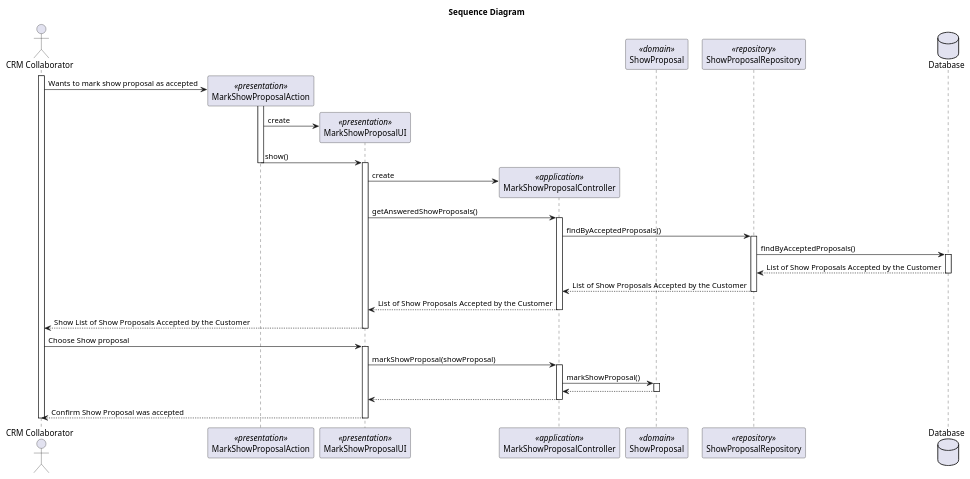
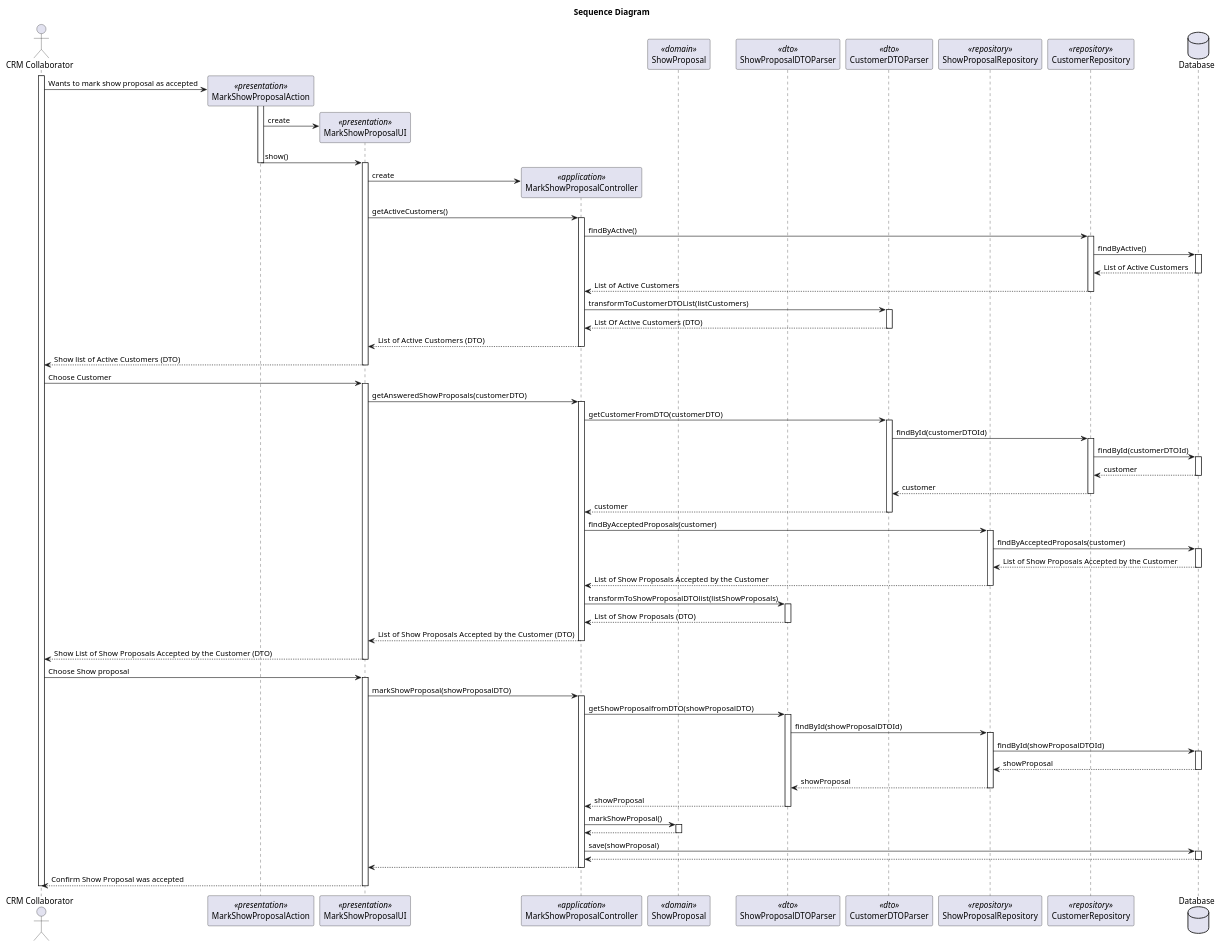
Before and after one commit to rubenFreitas1/ISEP-LAPR4-2024-2025: the diagram in docs/Sprint3/us_317/diagrams/sequence-diagram-US317.puml, drawn with PlantUML. The commit also changed 8 other files, not shown here.

```diff
--- a/docs/Sprint3/us_317/diagrams/sequence-diagram-US317.puml
+++ b/docs/Sprint3/us_317/diagrams/sequence-diagram-US317.puml
@@ -1,66 +1,147 @@
 @startuml
 title Sequence Diagram
 
 actor "CRM Collaborator" as Actor
 participant "MarkShowProposalAction" as Action <<presentation>>
 participant "MarkShowProposalUI" as UI <<presentation>>
 participant "MarkShowProposalController" as Controller <<application>>
 participant "ShowProposal" as ShowProposal <<domain>>
+participant "ShowProposalDTOParser" as ShowProposalDTOParser <<dto>>
+participant "CustomerDTOParser" as CustomerDTOParser <<dto>>
 participant "ShowProposalRepository" as ShowProposalRepository <<repository>>
+participant "CustomerRepository" as CustomerRepository <<repository>>
 database "Database" as Database
 
 activate Actor
 
 Actor -> Action**: Wants to mark show proposal as accepted
 
 activate Action
 
 Action -> UI** : create
 Action -> UI: show()
 
 deactivate Action
     activate UI
 
 UI -> Controller** : create
-UI -> Controller: getAnsweredShowProposals()
+
+UI -> Controller: getActiveCustomers()
+    activate Controller
+
+    Controller -> CustomerRepository: findByActive()
+    activate CustomerRepository
+
+    CustomerRepository -> Database: findByActive()
+        activate Database
+
+        Database --> CustomerRepository: List of Active Customers
+        deactivate Database
+    CustomerRepository --> Controller: List of Active Customers
+    deactivate CustomerRepository
+
+    Controller -> CustomerDTOParser: transformToCustomerDTOList(listCustomers)
+        activate CustomerDTOParser
+
+        CustomerDTOParser --> Controller: List Of Active Customers (DTO)
+        deactivate CustomerDTOParser
+
+
+    Controller --> UI: List of Active Customers (DTO)
+    deactivate Controller
+    UI --> Actor: Show list of Active Customers (DTO)
+    deactivate UI
+
+Actor -> UI: Choose Customer
+    activate UI
+
+UI -> Controller: getAnsweredShowProposals(customerDTO)
 
     activate Controller
 
-        Controller -> ShowProposalRepository: findByAcceptedProposals()
+        Controller -> CustomerDTOParser: getCustomerFromDTO(customerDTO)
+            activate CustomerDTOParser
+
+            CustomerDTOParser -> CustomerRepository: findById(customerDTOId)
+                activate CustomerRepository
+
+                CustomerRepository -> Database: findById(customerDTOId)
+                    activate Database
+
+                    Database --> CustomerRepository: customer
+                    deactivate Database
+                CustomerRepository --> CustomerDTOParser: customer
+                deactivate CustomerRepository
+
+            CustomerDTOParser --> Controller: customer
+            deactivate CustomerDTOParser
+
+
+        Controller -> ShowProposalRepository: findByAcceptedProposals(customer)
 
         activate ShowProposalRepository
 
-        ShowProposalRepository -> Database: findByAcceptedProposals()
+        ShowProposalRepository -> Database: findByAcceptedProposals(customer)
         activate Database
 
         Database --> ShowProposalRepository: List of Show Proposals Accepted by the Customer
         deactivate Database
         ShowProposalRepository --> Controller: List of Show Proposals Accepted by the Customer
         deactivate ShowProposalRepository
-        Controller --> UI: List of Show Proposals Accepted by the Customer
+
+        Controller -> ShowProposalDTOParser: transformToShowProposalDTOlist(listShowProposals)
+            activate ShowProposalDTOParser
+
+            ShowProposalDTOParser --> Controller: List of Show Proposals (DTO)
+            deactivate ShowProposalDTOParser
+
+        Controller --> UI: List of Show Proposals Accepted by the Customer (DTO)
     deactivate Controller
 
-UI --> Actor: Show List of Show Proposals Accepted by the Customer
+UI --> Actor: Show List of Show Proposals Accepted by the Customer (DTO)
 deactivate UI
 
 Actor -> UI: Choose Show proposal
 
 
     activate UI
 
-        UI -> Controller: markShowProposal(showProposal)
+        UI -> Controller: markShowProposal(showProposalDTO)
         activate Controller
+
+        Controller -> ShowProposalDTOParser: getShowProposalfromDTO(showProposalDTO)
+            activate ShowProposalDTOParser
+
+            ShowProposalDTOParser -> ShowProposalRepository: findById(showProposalDTOId)
+                activate ShowProposalRepository
+
+                ShowProposalRepository -> Database: findById(showProposalDTOId)
+                    activate Database
+
+                    Database --> ShowProposalRepository: showProposal
+                    deactivate Database
+                ShowProposalRepository --> ShowProposalDTOParser: showProposal
+                deactivate ShowProposalRepository
+            ShowProposalDTOParser --> Controller: showProposal
+            deactivate ShowProposalDTOParser
+
+
 
         Controller -> ShowProposal: markShowProposal()
             activate ShowProposal
 
             ShowProposal --> Controller
             deactivate ShowProposal
+            Controller -> Database: save(showProposal)
+                activate Database
+
+                Database --> Controller:
+                deactivate Database
             Controller --> UI:
         deactivate Controller
         UI --> Actor: Confirm Show Proposal was accepted
 
     deactivate UI
 deactivate Actor
 
 @enduml
```
